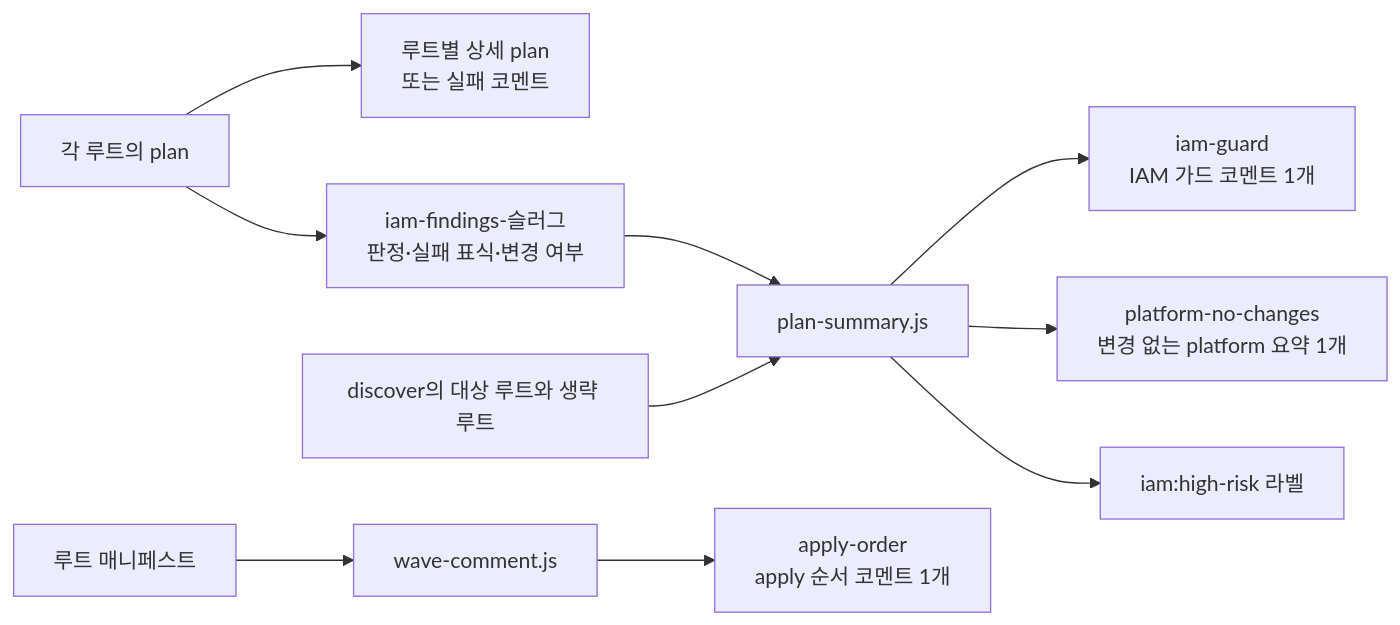
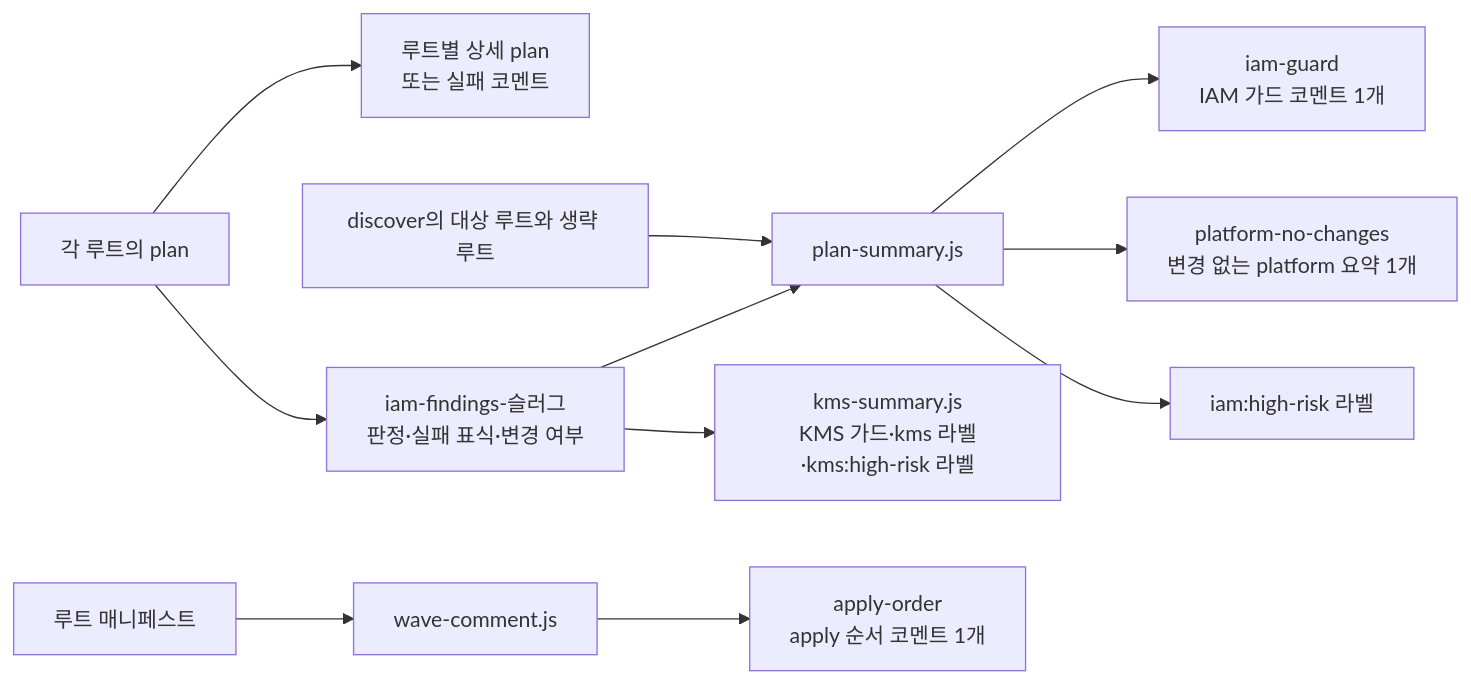
The second of 2 diagrams in docs/ci/plan.md (kintoun-secops/kintoun-infra), drawn with Mermaid before and after one commit. The commit also changed other lines of this file and 15 other files, not shown here.

````diff
--- a/docs/ci/plan.md
+++ b/docs/ci/plan.md
@@ -111,12 +111,13 @@
 ```mermaid
 flowchart LR
     Root["각 루트의 plan"] --> Detail["루트별 상세 plan<br/>또는 실패 코멘트"]
     Root --> Artifact["iam-findings-슬러그<br/>판정·실패 표식·변경 여부"]
     Artifact --> Summary["plan-summary.js"]
     Expected["discover의 대상 루트와 생략 루트"] --> Summary
     Summary --> IAM["iam-guard<br/>IAM 가드 코멘트 1개"]
     Summary --> Platform["platform-no-changes<br/>변경 없는 platform 요약 1개"]
     Summary --> Label["iam:high-risk 라벨"]
+    Artifact --> KMS["kms-summary.js<br/>KMS 가드·kms 라벨·kms:high-risk 라벨"]
     Manifest["루트 매니페스트"] --> Wave["wave-comment.js"]
     Wave --> Order["apply-order<br/>apply 순서 코멘트 1개"]
 ```
````
